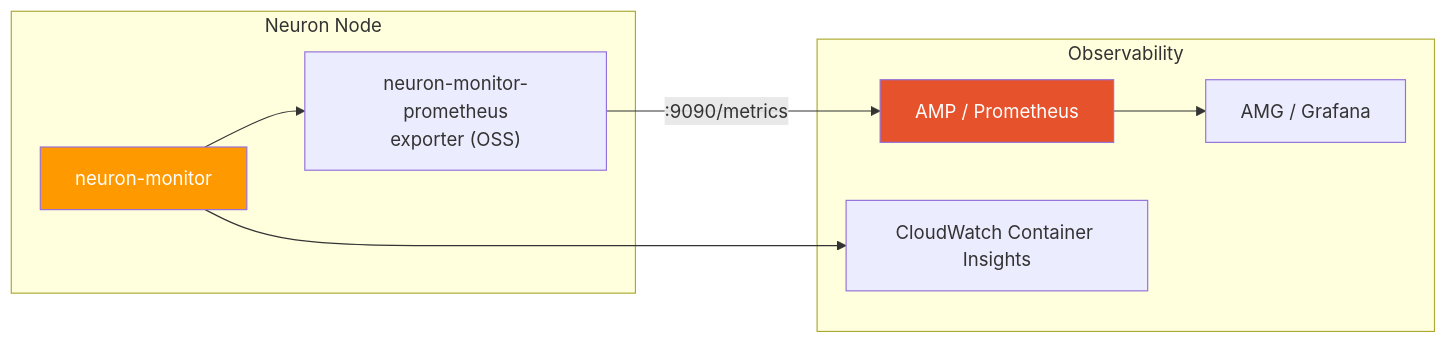
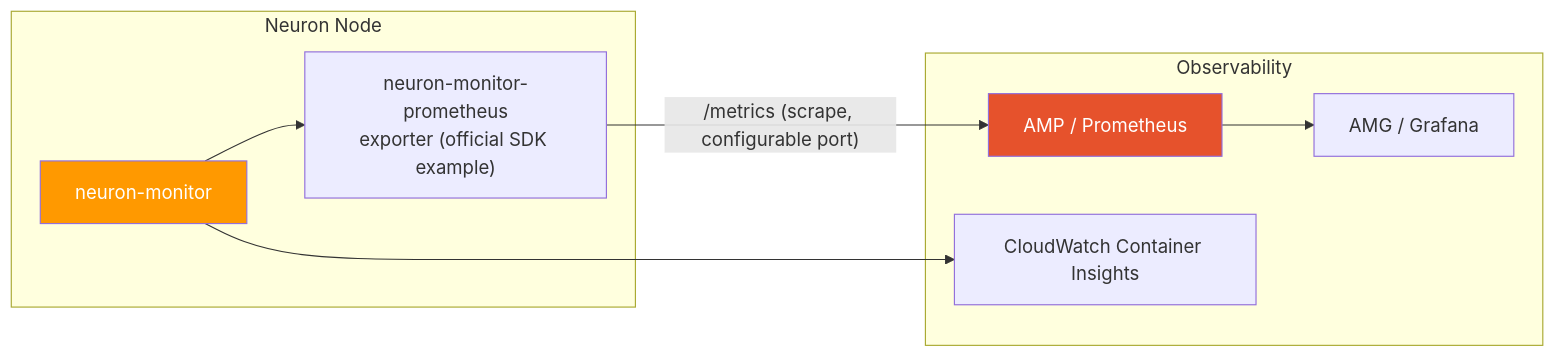
The second of 2 diagrams in docs/agentic-ai-platform/model-serving/gpu-infrastructure/aws-neuron-stack.md (devfloor9/engineering-playbook), drawn with Mermaid before and after one commit. The commit also changed other lines of this file and 37 other files, not shown here.

````diff
--- a/docs/agentic-ai-platform/model-serving/gpu-infrastructure/aws-neuron-stack.md
+++ b/docs/agentic-ai-platform/model-serving/gpu-infrastructure/aws-neuron-stack.md
@@ -502,21 +521,21 @@
 ```mermaid
 flowchart LR
     subgraph Node["Neuron Node"]
         NMON["neuron-monitor"]
-        EXP["neuron-monitor-prometheus<br/>exporter (OSS)"]
+        EXP["neuron-monitor-prometheus<br/>exporter (official SDK example)"]
     end
 
     subgraph Observability["Observability"]
         AMP["AMP / Prometheus"]
         AMG["AMG / Grafana"]
         CWL["CloudWatch Container Insights"]
     end
 
     NMON --> EXP
-    EXP -->|:9090/metrics| AMP
+    EXP -->|"/metrics (scrape, configurable port)"| AMP
     AMP --> AMG
     NMON --> CWL
 
     style NMON fill:#ff9900,color:#fff
     style AMP fill:#e6522c,color:#fff
 ```
````
